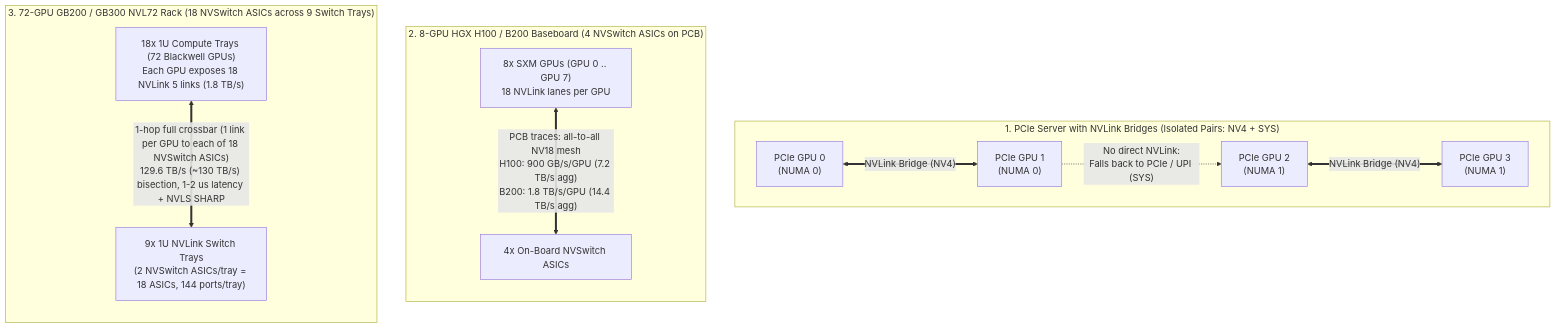
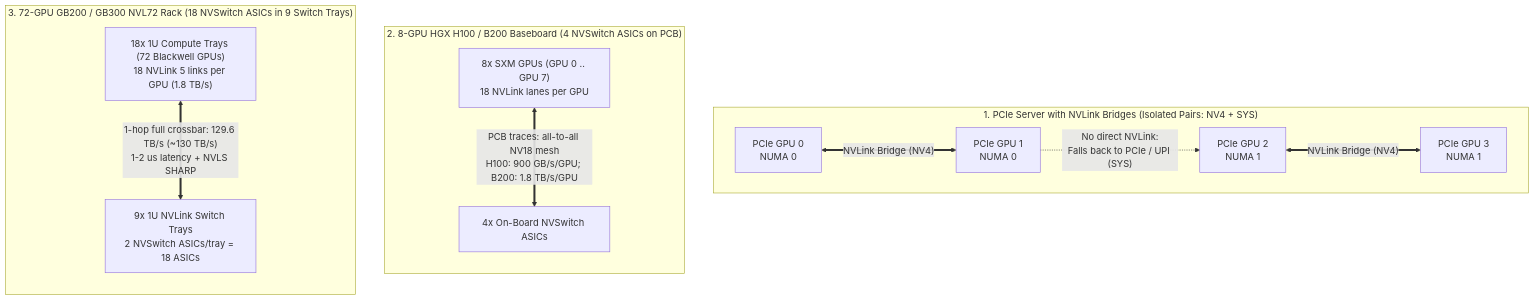
One commit to jithinpnjm/ai-infra-handbook changed the second of 2 diagrams in docs/part-10-gpu-cuda/06-gpu-interconnects-pcie-nvlink-nvswitch-and-nvlink-c2c.md. Above: the diagram before and after it, drawn with Mermaid. The commit also changed other lines of this file and 503 other files, not shown here.

````diff
--- a/docs/part-10-gpu-cuda/06-gpu-interconnects-pcie-nvlink-nvswitch-and-nvlink-c2c.md
+++ b/docs/part-10-gpu-cuda/06-gpu-interconnects-pcie-nvlink-nvswitch-and-nvlink-c2c.md
@@ -162,19 +179,19 @@
 ```mermaid
 flowchart TB
   subgraph Bridge["1. PCIe Server with NVLink Bridges (Isolated Pairs: NV4 + SYS)"]
     direction LR
-    G0_P["PCIe GPU 0<br/>(NUMA 0)"] <==>|"NVLink Bridge (NV4)"| G1_P["PCIe GPU 1<br/>(NUMA 0)"]
-    G2_P["PCIe GPU 2<br/>(NUMA 1)"] <==>|"NVLink Bridge (NV4)"| G3_P["PCIe GPU 3<br/>(NUMA 1)"]
+    G0_P["PCIe GPU 0<br/>NUMA 0"] <==>|"NVLink Bridge (NV4)"| G1_P["PCIe GPU 1<br/>NUMA 0"]
+    G2_P["PCIe GPU 2<br/>NUMA 1"] <==>|"NVLink Bridge (NV4)"| G3_P["PCIe GPU 3<br/>NUMA 1"]
     G1_P -.->|"No direct NVLink:<br/>Falls back to PCIe / UPI (SYS)"| G2_P
   end
 
   subgraph Baseboard["2. 8-GPU HGX H100 / B200 Baseboard (4 NVSwitch ASICs on PCB)"]
     direction TB
-    GPUs_8["8x SXM GPUs (GPU 0 .. GPU 7)<br/>18 NVLink lanes per GPU"] <==>|"PCB traces: all-to-all NV18 mesh<br/>H100: 900 GB/s/GPU (7.2 TB/s agg)<br/>B200: 1.8 TB/s/GPU (14.4 TB/s agg)"| NVS_4["4x On-Board NVSwitch ASICs"]
+    GPUs_8["8x SXM GPUs (GPU 0 .. GPU 7)<br/>18 NVLink lanes per GPU"] <==>|"PCB traces: all-to-all NV18 mesh<br/>H100: 900 GB/s/GPU; B200: 1.8 TB/s/GPU"| NVS_4["4x On-Board NVSwitch ASICs"]
   end
 
-  subgraph Rack["3. 72-GPU GB200 / GB300 NVL72 Rack (18 NVSwitch ASICs across 9 Switch Trays)"]
+  subgraph Rack["3. 72-GPU GB200 / GB300 NVL72 Rack (18 NVSwitch ASICs in 9 Switch Trays)"]
     direction TB
-    Trays_18["18x 1U Compute Trays (72 Blackwell GPUs)<br/>Each GPU exposes 18 NVLink 5 links (1.8 TB/s)"] <==>|"1-hop full crossbar (1 link per GPU to each of 18 NVSwitch ASICs)<br/>129.6 TB/s (~130 TB/s) bisection, 1-2 us latency + NVLS SHARP"| SwTrays_9["9x 1U NVLink Switch Trays<br/>(2 NVSwitch ASICs/tray = 18 ASICs, 144 ports/tray)"]
+    Trays_18["18x 1U Compute Trays (72 Blackwell GPUs)<br/>18 NVLink 5 links per GPU (1.8 TB/s)"] <==>|"1-hop full crossbar: 129.6 TB/s (~130 TB/s)<br/>1-2 us latency + NVLS SHARP"| SwTrays_9["9x 1U NVLink Switch Trays<br/>2 NVSwitch ASICs/tray = 18 ASICs"]
   end
 ```
````
